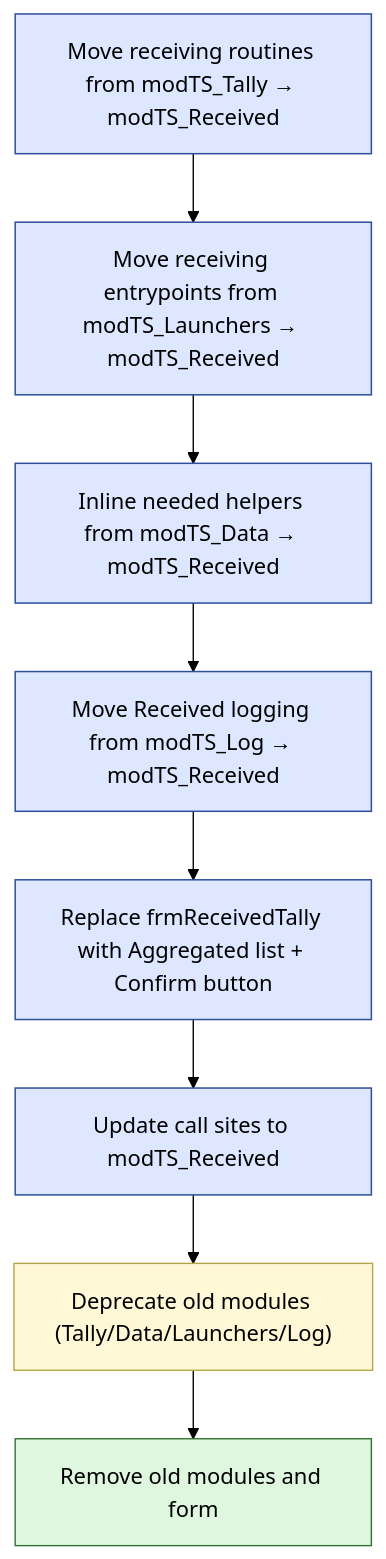
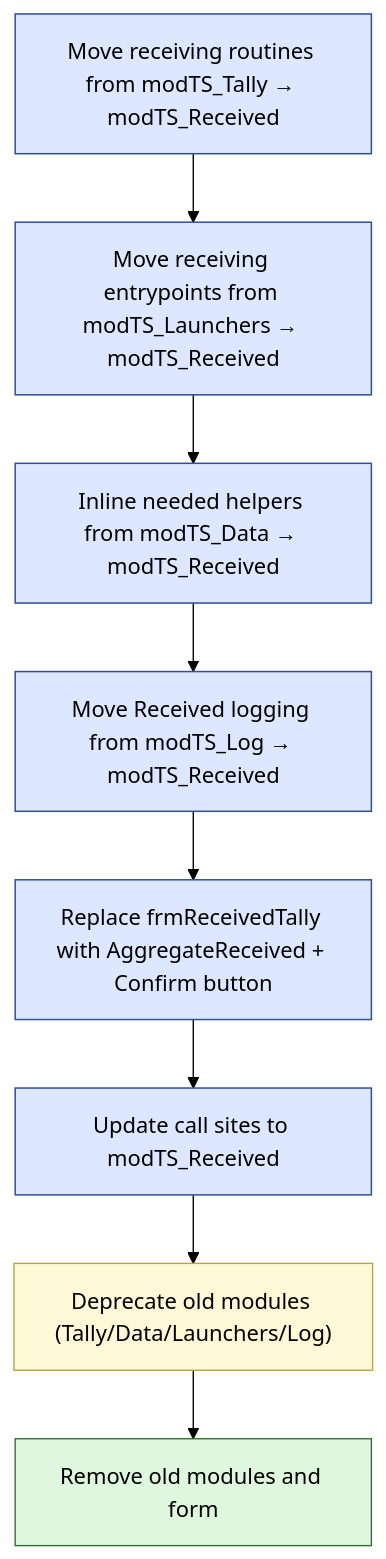
One commit to justinwj/invSys changed the fourth of 4 diagrams in plan docs/ReceivedTallySystem/refactor_views.md. Above: the diagram before and after it, drawn with Mermaid (forest theme). The commit also changed other lines of this file and 2 other files, not shown here.

Commit message:
• frmItemSearch.UserForm_Initialize now calls modTS_Received.LoadItemList (no modTS_Data reference). • Added LoadItemList in modTS_Received: reads InventoryManagement!invSys and returns ITEM_CODE, ITEM, UOM, LOCATION; ColumnIndex helper is defined in the module. Kept the list box setup intact.

````diff
--- a/plan docs/ReceivedTallySystem/refactor_views.md
+++ b/plan docs/ReceivedTallySystem/refactor_views.md
@@ -98,17 +96,17 @@
 ```mermaid
 flowchart TD
     classDef step fill:#dde7ff,stroke:#2f4e9c,color:#000,stroke-width:1.1px;
     classDef done fill:#dff7df,stroke:#2f6f2f,color:#000;
     classDef warn fill:#fff8d7,stroke:#b5a542,color:#000;
 
     S1["Move receiving routines from modTS_Tally → modTS_Received"]:::step
     S2["Move receiving entrypoints from modTS_Launchers → modTS_Received"]:::step
     S3["Inline needed helpers from modTS_Data → modTS_Received"]:::step
     S4["Move Received logging from modTS_Log → modTS_Received"]:::step
-    S5["Replace frmReceivedTally with Aggregated list + Confirm button"]:::step
+    S5["Replace frmReceivedTally with AggregateReceived + Confirm button"]:::step
     S6["Update call sites to modTS_Received"]:::step
     S7["Deprecate old modules (Tally/Data/Launchers/Log)"]:::warn
     S8["Remove old modules and form"]:::done
 
     S1 --> S2 --> S3 --> S4 --> S5 --> S6 --> S7 --> S8
 ```
````
